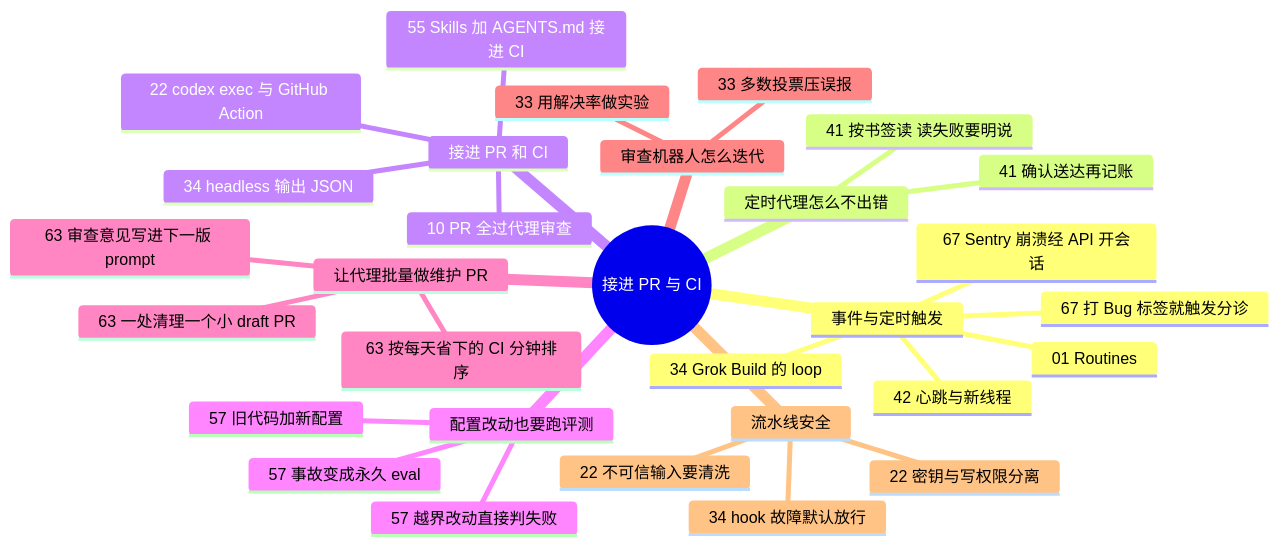
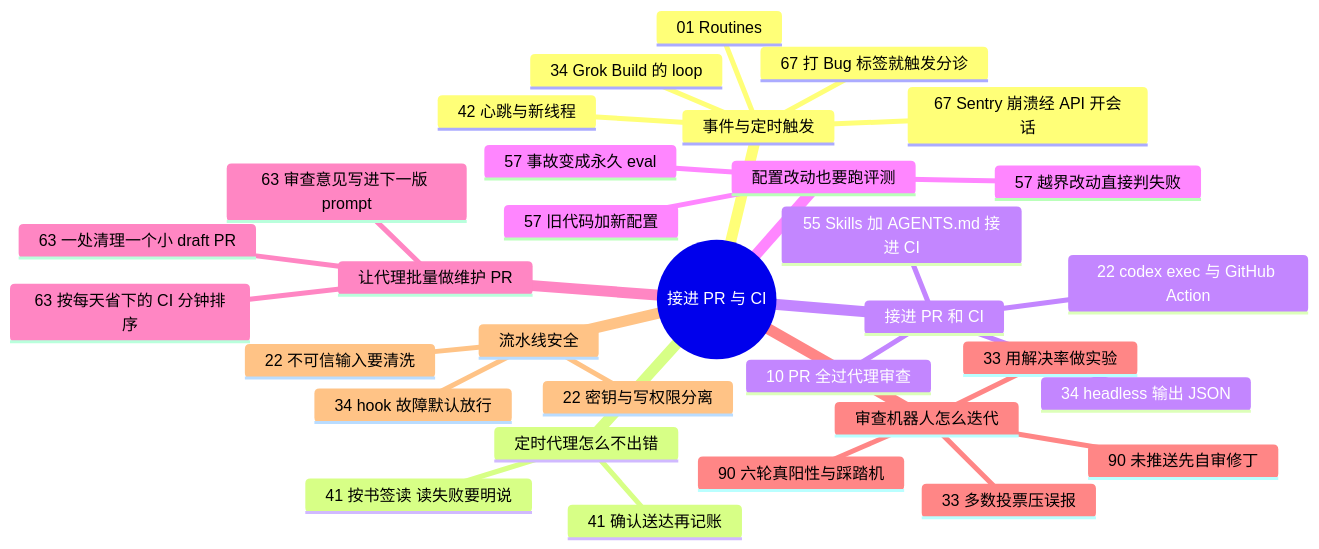
Before and after one commit to yzw7489757/ai-coding-videos: the diagram in docs/guide/ci.md, drawn with Mermaid. The commit also changed other lines of this file and 17 other files, not shown here.

````diff
--- a/docs/guide/ci.md
+++ b/docs/guide/ci.md
@@ -13,33 +13,35 @@
 ```mermaid
 mindmap
   root((接进 PR 与 CI))
     事件与定时触发
       01 Routines
       34 Grok Build 的 loop
       42 心跳与新线程
       67 打 Bug 标签就触发分诊
       67 Sentry 崩溃经 API 开会话
     定时代理怎么不出错
       41 按书签读 读失败要明说
       41 确认送达再记账
     接进 PR 和 CI
       10 PR 全过代理审查
       22 codex exec 与 GitHub Action
       55 Skills 加 AGENTS.md 接进 CI
       34 headless 输出 JSON
     配置改动也要跑评测
       57 旧代码加新配置
       57 越界改动直接判失败
       57 事故变成永久 eval
     让代理批量做维护 PR
       63 一处清理一个小 draft PR
       63 审查意见写进下一版 prompt
       63 按每天省下的 CI 分钟排序
     审查机器人怎么迭代
       33 多数投票压误报
       33 用解决率做实验
+      90 六轮真阳性与踩踏机
+      90 未推送先自审修丁
     流水线安全
       22 密钥与写权限分离
       34 hook 故障默认放行
       22 不可信输入要清洗
 ```
````
